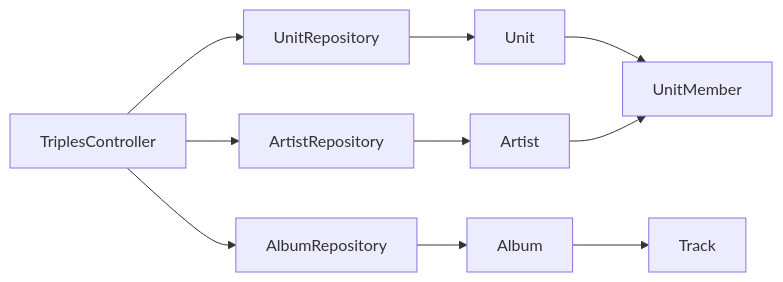
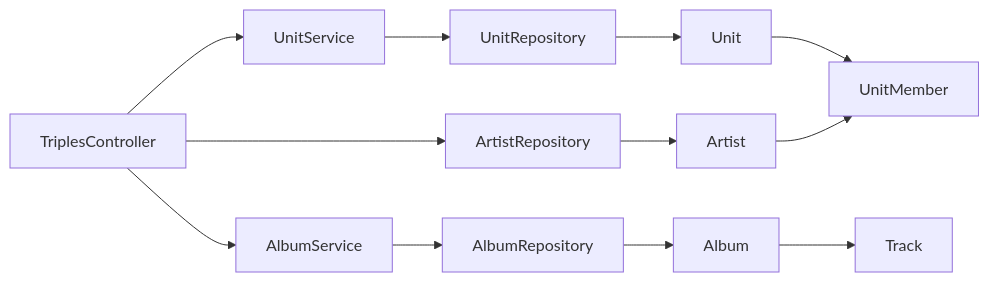
The fourth of 13 diagrams in docs/PROJECT_STRUCTURE.md (TriplesWeb/triplesweb), drawn with Mermaid before and after one commit. The commit also changed other lines of this file and 1 other file, not shown here.

````diff
--- a/docs/PROJECT_STRUCTURE.md
+++ b/docs/PROJECT_STRUCTURE.md
@@ -241,12 +241,14 @@
 ```mermaid
 flowchart LR
   TC[TriplesController] --> ArtR[ArtistRepository]
-  TC --> AlbR[AlbumRepository]
-  TC --> UniR[UnitRepository]
+  TC --> AlbS[AlbumService]
+  TC --> UniS[UnitService]
+  AlbS --> AlbR[AlbumRepository]
+  UniS --> UniR[UnitRepository]
   ArtR --> Artist
   AlbR --> Album
   UniR --> Unit
   Album --> Track
   Unit --> UnitMember
   Artist --> UnitMember
 ```
````
